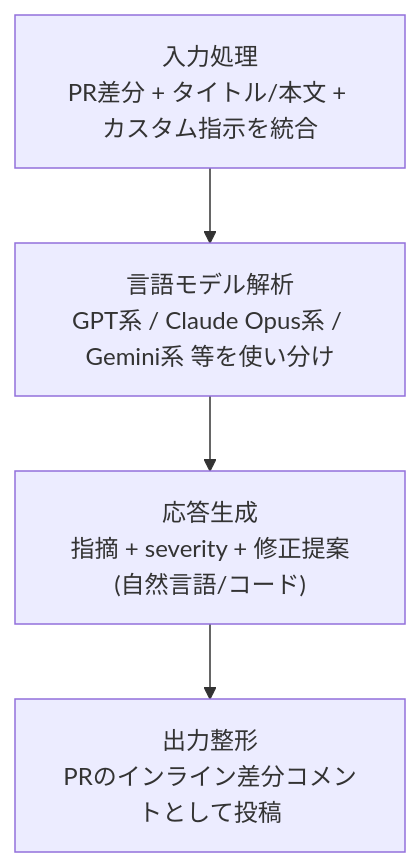
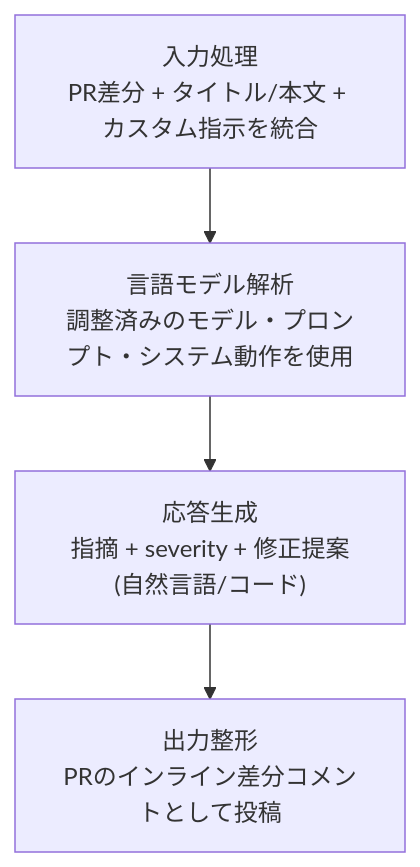
Before and after one commit to myoshi2891/Comparison-of-LLMs: the first of 5 diagrams in archive/md/code-review/Github-copilot-code-review-best-practices.md, drawn with Mermaid. The commit also changed other lines of this file, not shown here.

````diff
--- a/archive/md/code-review/Github-copilot-code-review-best-practices.md
+++ b/archive/md/code-review/Github-copilot-code-review-best-practices.md
@@ -43,6 +43,6 @@
 ```mermaid
 flowchart TB
-    A["入力処理<br/>PR差分 + タイトル/本文 + カスタム指示を統合"] --> B["言語モデル解析<br/>GPT系 / Claude Opus系 / Gemini系 等を使い分け"]
+    A["入力処理<br/>PR差分 + タイトル/本文 + カスタム指示を統合"] --> B["言語モデル解析<br/>調整済みのモデル・プロンプト・システム動作を使用"]
     B --> C["応答生成<br/>指摘 + severity + 修正提案(自然言語/コード)"]
     C --> D["出力整形<br/>PRのインライン差分コメントとして投稿"]
 ```
````
